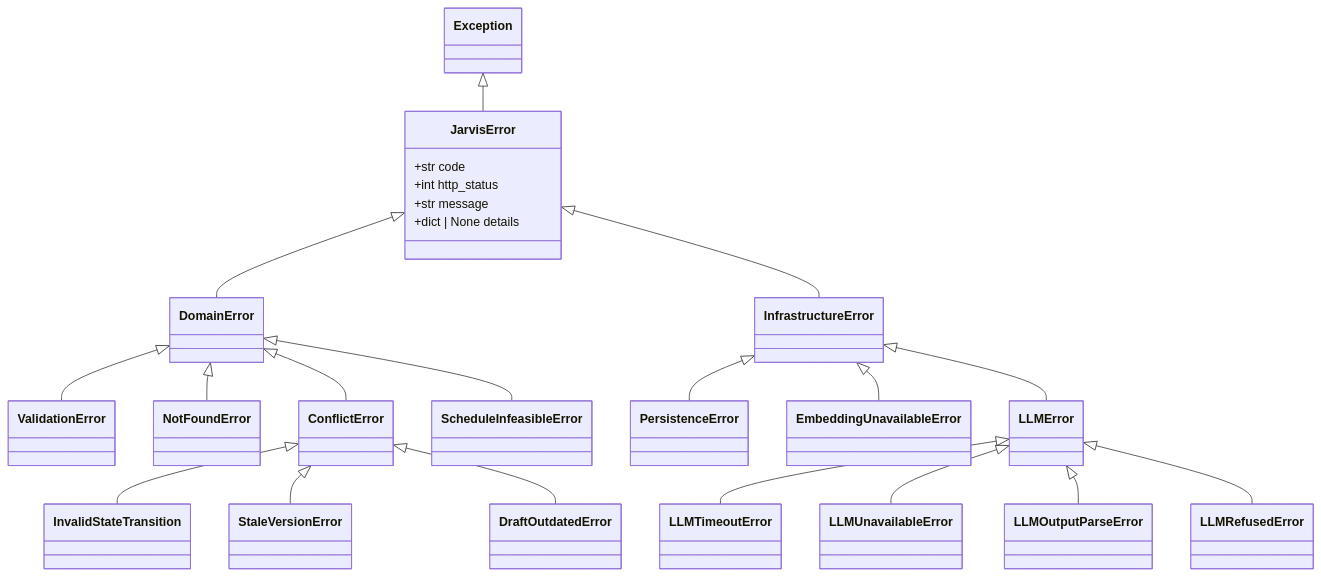
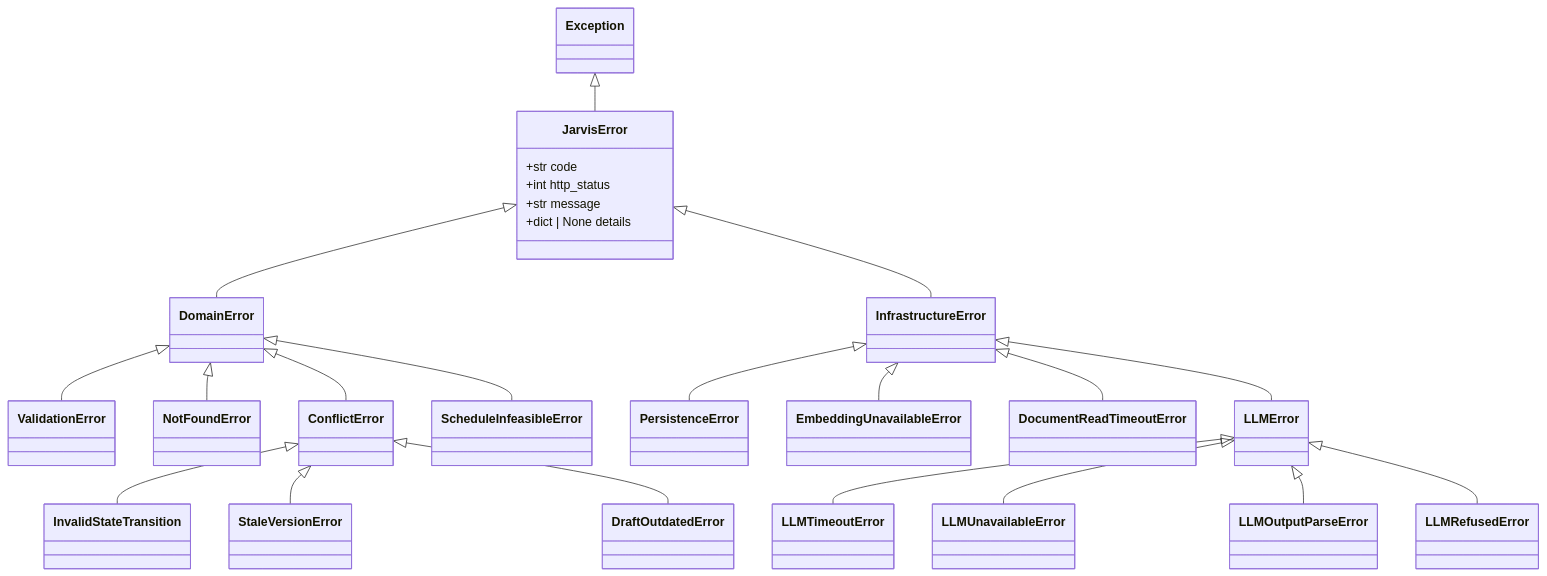
The fifth of 15 diagrams in docs/capstone/03-class-diagrams.md (HackHeroic/Jarvis-Engine), drawn with Mermaid before and after one commit. The commit also changed other lines of this file and 12 other files, not shown here.

````diff
--- a/docs/capstone/03-class-diagrams.md
+++ b/docs/capstone/03-class-diagrams.md
@@ -603,45 +603,47 @@
 ```mermaid
 classDiagram
     direction TB
     class Exception
     class JarvisError {
         +str code
         +int http_status
         +str message
         +dict | None details
     }
     class DomainError
     class ValidationError
     class NotFoundError
     class ConflictError
     class InvalidStateTransition
     class StaleVersionError
     class DraftOutdatedError
     class ScheduleInfeasibleError
     class InfrastructureError
     class PersistenceError
     class EmbeddingUnavailableError
+    class DocumentReadTimeoutError
     class LLMError
     class LLMTimeoutError
     class LLMUnavailableError
     class LLMOutputParseError
     class LLMRefusedError
 
     Exception <|-- JarvisError
     JarvisError <|-- DomainError
     JarvisError <|-- InfrastructureError
     DomainError <|-- ValidationError
     DomainError <|-- NotFoundError
     DomainError <|-- ConflictError
     DomainError <|-- ScheduleInfeasibleError
     ConflictError <|-- InvalidStateTransition
     ConflictError <|-- StaleVersionError
     ConflictError <|-- DraftOutdatedError
     InfrastructureError <|-- PersistenceError
     InfrastructureError <|-- EmbeddingUnavailableError
+    InfrastructureError <|-- DocumentReadTimeoutError
     InfrastructureError <|-- LLMError
     LLMError <|-- LLMTimeoutError
     LLMError <|-- LLMUnavailableError
     LLMError <|-- LLMOutputParseError
     LLMError <|-- LLMRefusedError
 ```
````
